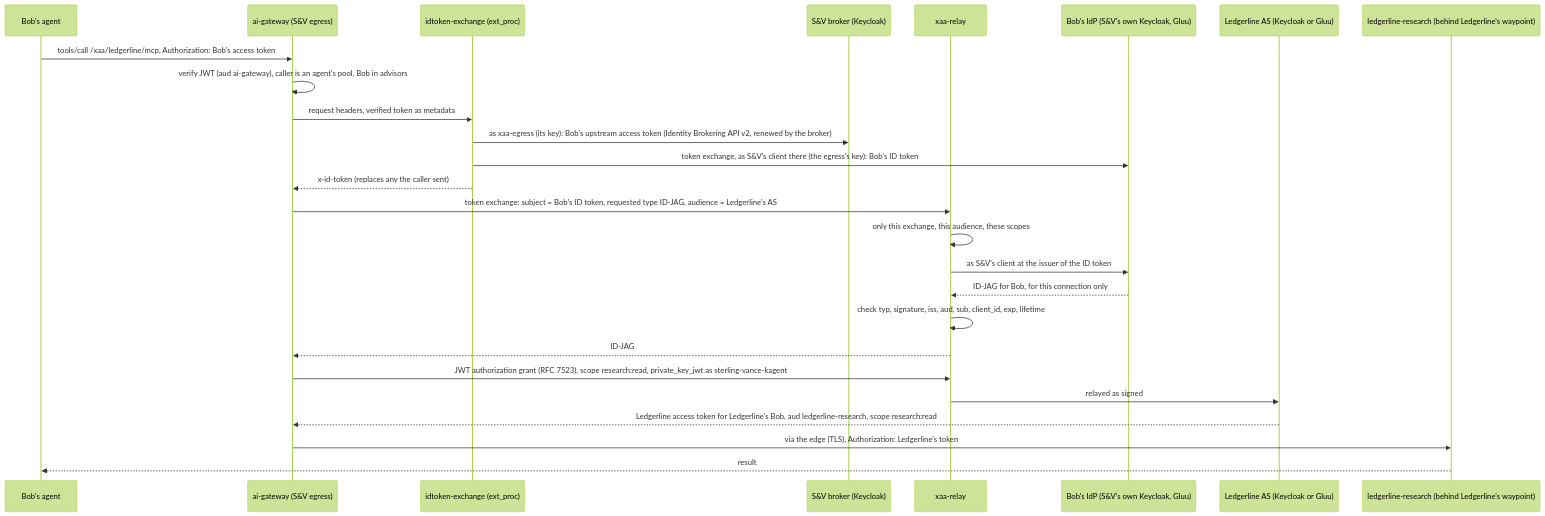
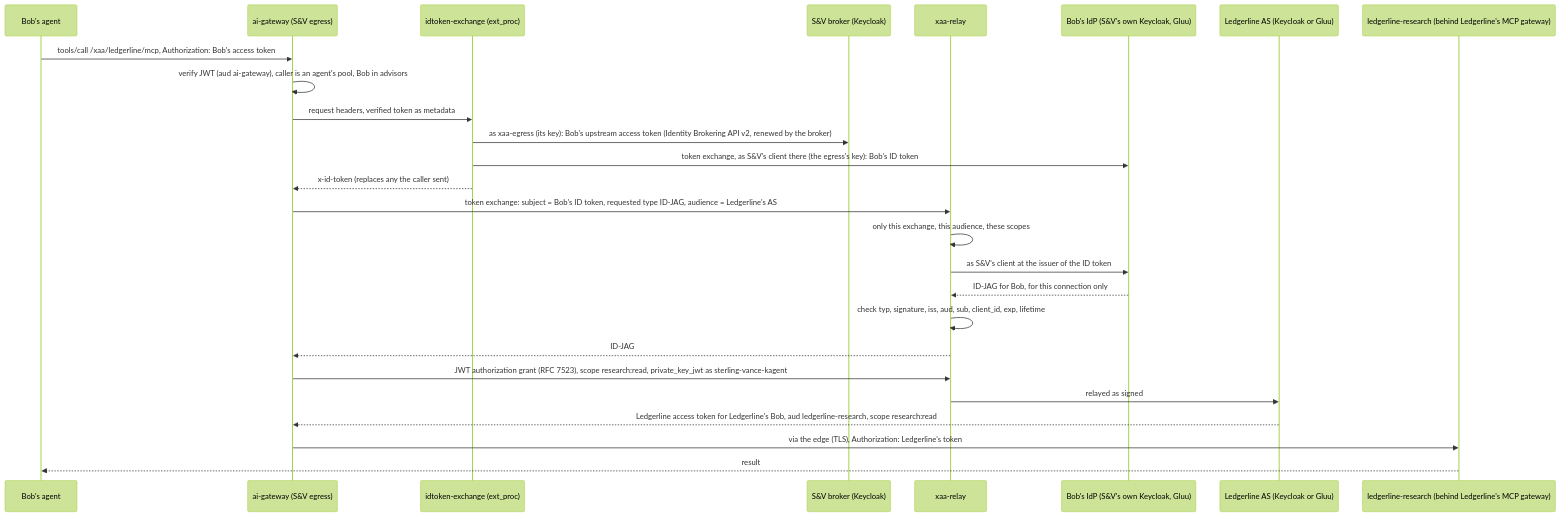
One commit to nickgamb/solo-lab changed the second of 3 diagrams in docs/IDENTITY-FLOWS.md. Above: the diagram before and after it, drawn with Mermaid (forest theme). The commit also changed other lines of this file and 10 other files, not shown here.

First line of the commit message:
Front Ledgerline's MCP server with its own agentgateway

````diff
--- a/docs/IDENTITY-FLOWS.md
+++ b/docs/IDENTITY-FLOWS.md
@@ -151,28 +151,28 @@
 ```mermaid
 sequenceDiagram
   participant A as Bob's agent
   participant G as ai-gateway (S&V egress)
   participant X as idtoken-exchange (ext_proc)
   participant K as S&V broker (Keycloak)
   participant R as xaa-relay
   participant E as Bob's IdP (S&V's own Keycloak, Gluu)
   participant L as Ledgerline AS (Keycloak or Gluu)
-  participant M as ledgerline-research (behind Ledgerline's waypoint)
+  participant M as ledgerline-research (behind Ledgerline's MCP gateway)
   A->>G: tools/call /xaa/ledgerline/mcp, Authorization: Bob's access token
   G->>G: verify JWT (aud ai-gateway), caller is an agent's pool, Bob in advisors
   G->>X: request headers, verified token as metadata
   X->>K: as xaa-egress (its key): Bob's upstream access token (Identity Brokering API v2, renewed by the broker)
   X->>E: token exchange, as S&V's client there (the egress's key): Bob's ID token
   X-->>G: x-id-token (replaces any the caller sent)
   G->>R: token exchange: subject = Bob's ID token, requested type ID-JAG, audience = Ledgerline's AS
   R->>R: only this exchange, this audience, these scopes
   R->>E: as S&V's client at the issuer of the ID token
   E-->>R: ID-JAG for Bob, for this connection only
   R->>R: check typ, signature, iss, aud, sub, client_id, exp, lifetime
   R-->>G: ID-JAG
   G->>R: JWT authorization grant (RFC 7523), scope research:read, private_key_jwt as sterling-vance-kagent
   R->>L: relayed as signed
   L-->>G: Ledgerline access token for Ledgerline's Bob, aud ledgerline-research, scope research:read
   G->>M: via the edge (TLS), Authorization: Ledgerline's token
   M-->>A: result
 ```
````
